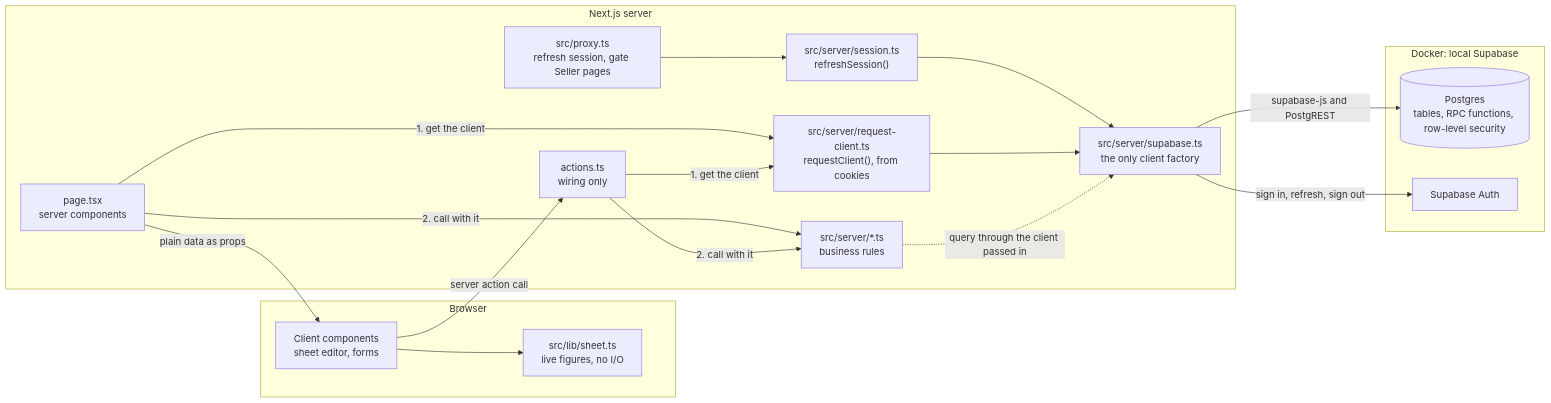
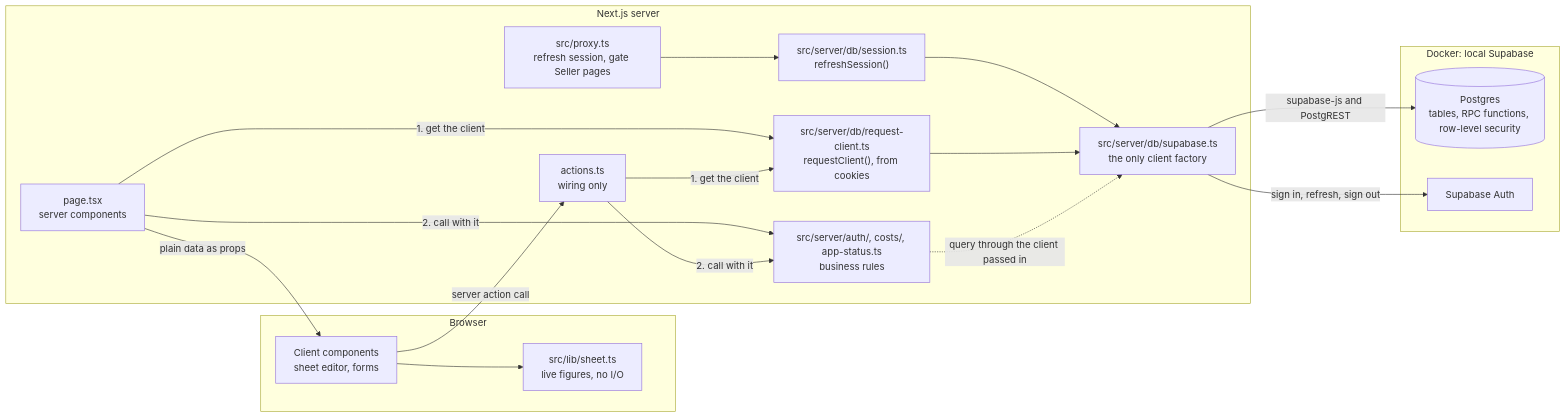
One commit to chuan-khuna/gumrai changed the diagram in docs/documents/architecture.md. Above: the diagram before and after it, drawn with Mermaid. The commit also changed other lines of this file and 42 other files, not shown here.

Commit message:
refactor(server): group the business rules module into db, auth, costs and testing folders

````diff
--- a/docs/documents/architecture.md
+++ b/docs/documents/architecture.md
@@ -5,33 +5,33 @@
 ```mermaid
 flowchart LR
 	subgraph Browser
 		client["Client components<br/>sheet editor, forms"]
 		lib["src/lib/sheet.ts<br/>live figures, no I/O"]
 		client --> lib
 	end
 	subgraph Server["Next.js server"]
 		proxy["src/proxy.ts<br/>refresh session, gate Seller pages"]
-		session["src/server/session.ts<br/>refreshSession()"]
+		session["src/server/db/session.ts<br/>refreshSession()"]
 		proxy --> session
 		session --> sb
 		pages["page.tsx<br/>server components"]
 		actions["actions.ts<br/>wiring only"]
-		rc["src/server/request-client.ts<br/>requestClient(), from cookies"]
-		rules["src/server/*.ts<br/>business rules"]
-		sb["src/server/supabase.ts<br/>the only client factory"]
+		rc["src/server/db/request-client.ts<br/>requestClient(), from cookies"]
+		rules["src/server/auth/, costs/, app-status.ts<br/>business rules"]
+		sb["src/server/db/supabase.ts<br/>the only client factory"]
 		pages -- "1. get the client" --> rc
 		actions -- "1. get the client" --> rc
 		rc --> sb
 		pages -- "2. call with it" --> rules
 		actions -- "2. call with it" --> rules
 		rules -. "query through the client passed in" .-> sb
 	end
 	subgraph Docker["Docker: local Supabase"]
 		pg[("Postgres<br/>tables, RPC functions, row-level security")]
 		auth["Supabase Auth"]
 	end
 	client -- "server action call" --> actions
 	pages -- "plain data as props" --> client
 	sb -- "supabase-js and PostgREST" --> pg
 	sb -- "sign in, refresh, sign out" --> auth
 ```
````
